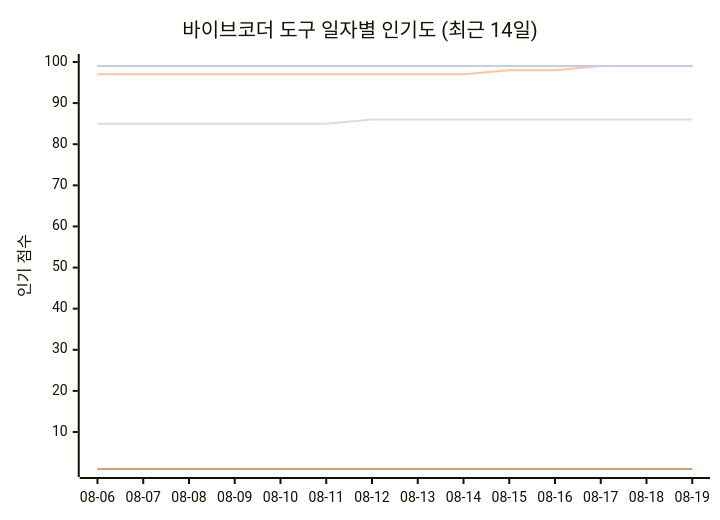
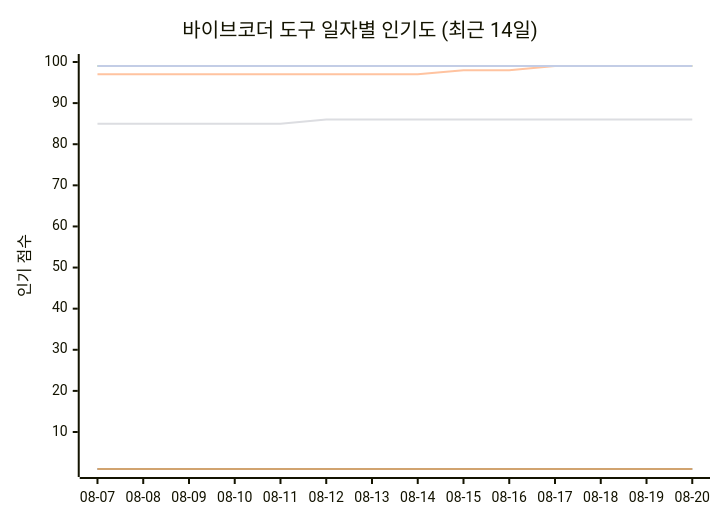
The seventh of 11 diagrams in README_ko.md (tykimos/ai-whatchelin), drawn with Mermaid before and after one commit. The commit also changed other lines of this file and 4 other files, not shown here.

````diff
--- a/README_ko.md
+++ b/README_ko.md
@@ -2261,13 +2261,13 @@
 ```mermaid
 xychart-beta
     title "바이브코더 도구 일자별 인기도 (최근 14일)"
-    x-axis ["08-06", "08-07", "08-08", "08-09", "08-10", "08-11", "08-12", "08-13", "08-14", "08-15", "08-16", "08-17", "08-18", "08-19"]
+    x-axis ["08-07", "08-08", "08-09", "08-10", "08-11", "08-12", "08-13", "08-14", "08-15", "08-16", "08-17", "08-18", "08-19", "08-20"]
     y-axis "인기 점수" 1 --> 100
     line "Claude Code" [99, 99, 99, 99, 99, 99, 99, 99, 99, 99, 99, 99, 99, 99]
     line "GH Copilot" [1, 1, 1, 1, 1, 1, 1, 1, 1, 1, 1, 1, 1, 1]
-    line "Cursor" [97, 97, 97, 97, 97, 97, 97, 97, 97, 98, 98, 99, 99, 99]
-    line "Windsurf" [85, 85, 85, 85, 85, 85, 86, 86, 86, 86, 86, 86, 86, 86]
+    line "Cursor" [97, 97, 97, 97, 97, 97, 97, 97, 98, 98, 99, 99, 99, 99]
+    line "Windsurf" [85, 85, 85, 85, 85, 86, 86, 86, 86, 86, 86, 86, 86, 86]
     line "Codex CLI" [99, 99, 99, 99, 99, 99, 99, 99, 99, 99, 99, 99, 99, 99]
     line "Gemini CLI" [1, 1, 1, 1, 1, 1, 1, 1, 1, 1, 1, 1, 1, 1]
     line "Antigravity" [99, 99, 99, 99, 99, 99, 99, 99, 99, 99, 99, 99, 99, 99]
 ```
````
